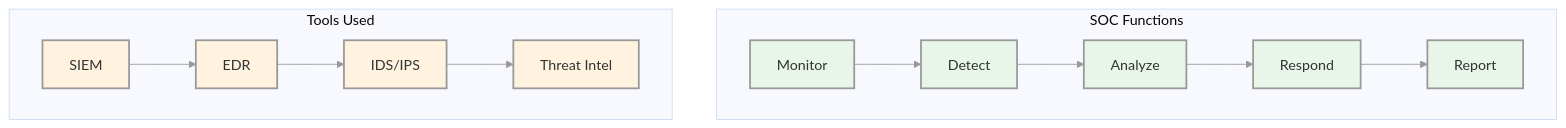
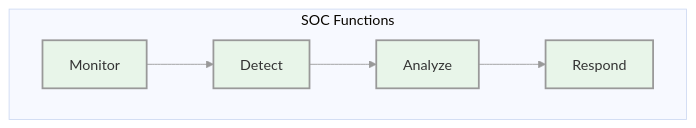
One commit to manojxshrestha/SOC-Analyst-Cheatsheet changed the third of 6 diagrams in 2-Security-Monitoring-SIEM-Fundamentals/README.md. Above: the diagram before and after it, drawn with Mermaid. The commit also changed other lines of this file, not shown here.

````diff
--- a/2-Security-Monitoring-SIEM-Fundamentals/README.md
+++ b/2-Security-Monitoring-SIEM-Fundamentals/README.md
@@ -265,21 +252,12 @@
 ```mermaid
 %%{init: {'theme': 'base', 'themeVariables': { 'lineColor': '#999', 'nodeBorder': '#999'}}}%%
 flowchart TB
     subgraph "SOC Functions"
         A[Monitor] --> B[Detect]
         B --> C[Analyze]
         C --> D[Respond]
-        D --> E[Report]
-    end
-    
-    subgraph "Tools Used"
-        F[SIEM] --> G[EDR]
-        G --> H[IDS/IPS]
-        H --> I[Threat Intel]
     end
     
     classDef function fill:#e8f5e9,stroke:#999,stroke-width:2px,color:#333;
-    classDef tool fill:#fff3e0,stroke:#999,stroke-width:2px,color:#333;
-    class A,B,C,D,E function;
-    class F,G,H,I tool;
+    class A,B,C,D function;
 ```
````
